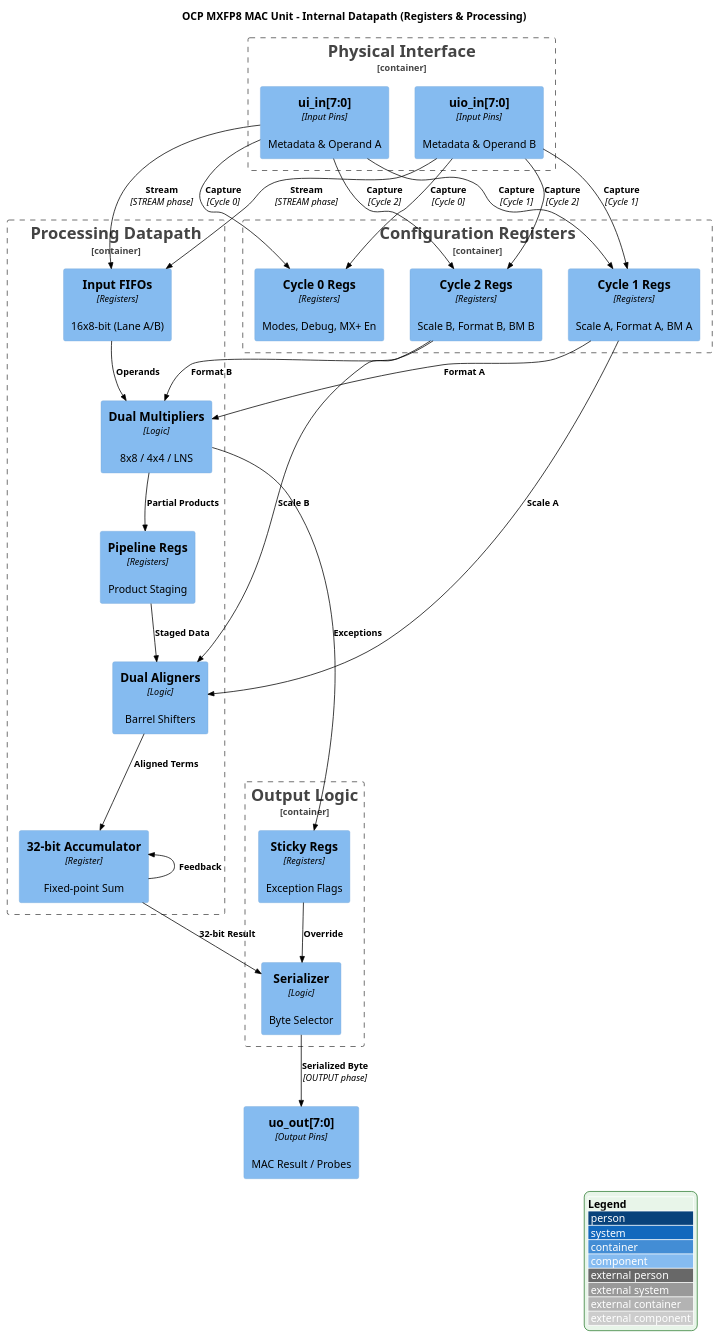
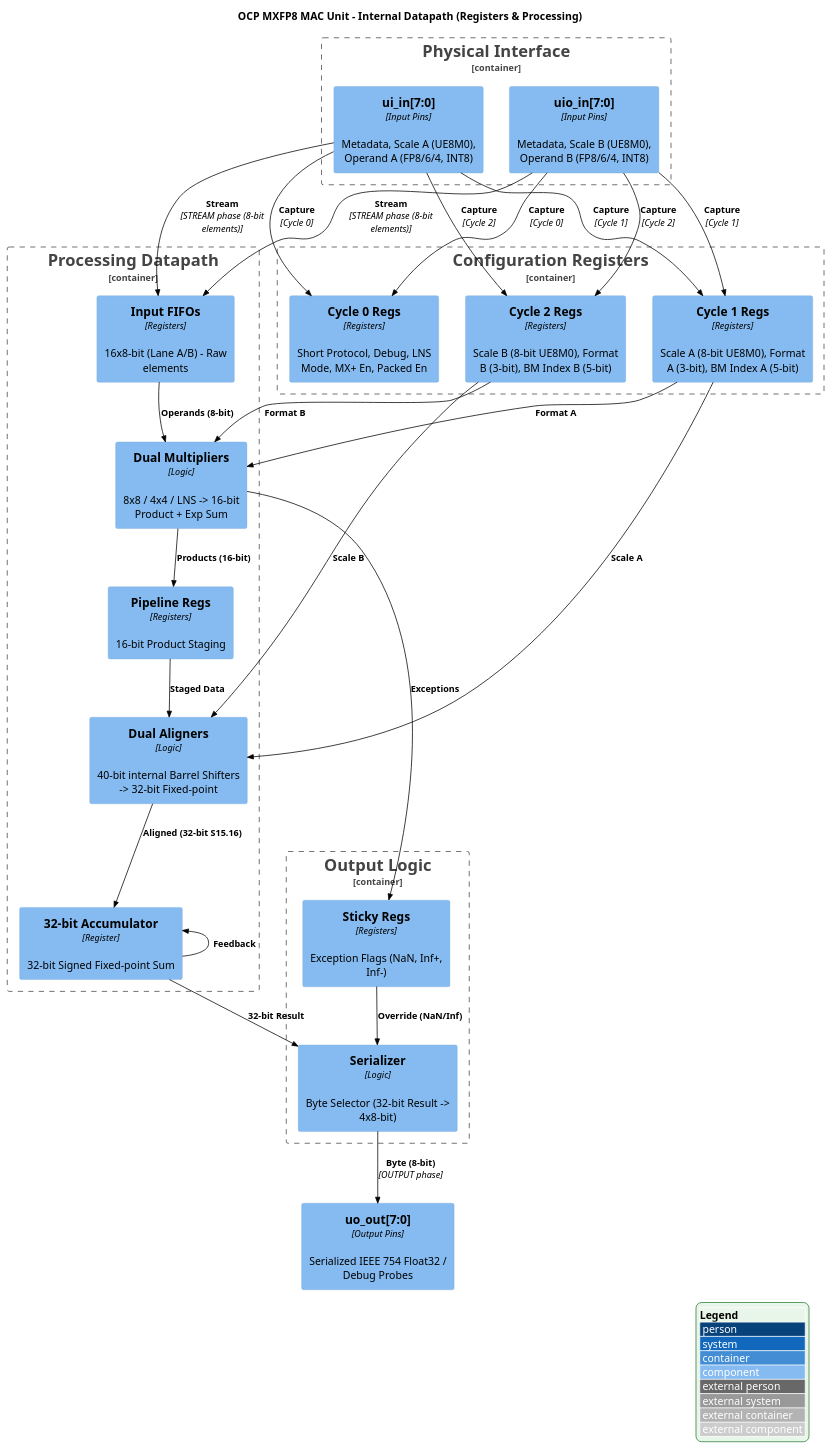
The diagram in docs/diagrams/DATAPATH_DIAGRAM.PUML (chatelao/ttihp-fp8-mul), drawn with PlantUML before and after one commit.

Commit message:
docs: extend datapath diagram with format and bit-width details
Updated the "Internal Datapath" PlantUML diagram to explicitly show the
data formats and bit-widths at each processing stage.

Key additions:
- Input formats: FP8/6/4, INT8, and UE8M0 (Shared Scales).
- Internal widths: 16-bit products, 40-bit alignment paths, and 32-bit
  fixed-point accumulation (S15.16).
- Output format: Serialized IEEE 754 Binary32 (Float32).
- Bit-widths for configuration registers and metadata fields.

```diff
--- a/docs/diagrams/DATAPATH_DIAGRAM.PUML
+++ b/docs/diagrams/DATAPATH_DIAGRAM.PUML
@@ -1,101 +1,101 @@
 @startuml DATAPATH_DIAGRAM
 !include https://raw.githubusercontent.com/plantuml-stdlib/C4-PlantUML/master/C4_Component.puml
 
 LAYOUT_WITH_LEGEND()
 
 ' Green Theme Overrides
 skinparam backgroundColor white
 skinparam component {
     BackgroundColor #90EE90
     BorderColor #006400
     FontColor #000000
 }
 skinparam rectangle<<container>> {
     BackgroundColor #90EE90
     BorderColor #006400
     FontColor #000000
 }
 skinparam rectangle<<boundary>> {
     FontSize 20
     BorderColor #006400
     FontColor #000000
 }
 skinparam rectangle<<container_boundary>> {
     FontSize 20
     BorderColor #006400
     FontColor #000000
 }
 skinparam rectangle<<system_boundary>> {
     FontSize 20
     BorderColor #006400
     FontColor #000000
 }
 skinparam Arrow {
     Color black
     FontColor black
 }
 skinparam legend {
     BackgroundColor #E8F5E9
     BorderColor #2E7D32
 }
 
 UpdateBoundaryStyle("container", $type="container")
 
 title OCP MXFP8 MAC Unit - Internal Datapath (Registers & Processing)
 
 Container_Boundary(input_pins, "Physical Interface") {
-    Component(ui_in, "ui_in[7:0]", "Input Pins", "Metadata & Operand A")
-    Component(uio_in, "uio_in[7:0]", "Input Pins", "Metadata & Operand B")
+    Component(ui_in, "ui_in[7:0]", "Input Pins", "Metadata, Scale A (UE8M0), Operand A (FP8/6/4, INT8)")
+    Component(uio_in, "uio_in[7:0]", "Input Pins", "Metadata, Scale B (UE8M0), Operand B (FP8/6/4, INT8)")
 }
 
 Container_Boundary(reg_file, "Configuration Registers") {
-    Component(cfg_reg0, "Cycle 0 Regs", "Registers", "Modes, Debug, MX+ En")
-    Component(cfg_reg1, "Cycle 1 Regs", "Registers", "Scale A, Format A, BM A")
-    Component(cfg_reg2, "Cycle 2 Regs", "Registers", "Scale B, Format B, BM B")
+    Component(cfg_reg0, "Cycle 0 Regs", "Registers", "Short Protocol, Debug, LNS Mode, MX+ En, Packed En")
+    Component(cfg_reg1, "Cycle 1 Regs", "Registers", "Scale A (8-bit UE8M0), Format A (3-bit), BM Index A (5-bit)")
+    Component(cfg_reg2, "Cycle 2 Regs", "Registers", "Scale B (8-bit UE8M0), Format B (3-bit), BM Index B (5-bit)")
 }
 
 Container_Boundary(datapath, "Processing Datapath") {
-    Component(fifo, "Input FIFOs", "Registers", "16x8-bit (Lane A/B)")
-    Component(mul, "Dual Multipliers", "Logic", "8x8 / 4x4 / LNS")
-    Component(pipe_reg, "Pipeline Regs", "Registers", "Product Staging")
-    Component(align, "Dual Aligners", "Logic", "Barrel Shifters")
-    Component(acc, "32-bit Accumulator", "Register", "Fixed-point Sum")
+    Component(fifo, "Input FIFOs", "Registers", "16x8-bit (Lane A/B) - Raw elements")
+    Component(mul, "Dual Multipliers", "Logic", "8x8 / 4x4 / LNS -> 16-bit Product + Exp Sum")
+    Component(pipe_reg, "Pipeline Regs", "Registers", "16-bit Product Staging")
+    Component(align, "Dual Aligners", "Logic", "40-bit internal Barrel Shifters -> 32-bit Fixed-point")
+    Component(acc, "32-bit Accumulator", "Register", "32-bit Signed Fixed-point Sum")
 }
 
 Container_Boundary(output_logic, "Output Logic") {
-    Component(sticky, "Sticky Regs", "Registers", "Exception Flags")
-    Component(ser, "Serializer", "Logic", "Byte Selector")
+    Component(sticky, "Sticky Regs", "Registers", "Exception Flags (NaN, Inf+, Inf-)")
+    Component(ser, "Serializer", "Logic", "Byte Selector (32-bit Result -> 4x8-bit)")
 }
 
-Component(uo_out, "uo_out[7:0]", "Output Pins", "MAC Result / Probes")
+Component(uo_out, "uo_out[7:0]", "Output Pins", "Serialized IEEE 754 Float32 / Debug Probes")
 
 ' Dataflow Arrows
 Rel_D(ui_in, cfg_reg0, "Capture", "Cycle 0")
 Rel_D(uio_in, cfg_reg0, "Capture", "Cycle 0")
 Rel_D(ui_in, cfg_reg1, "Capture", "Cycle 1")
 Rel_D(uio_in, cfg_reg1, "Capture", "Cycle 1")
 Rel_D(ui_in, cfg_reg2, "Capture", "Cycle 2")
 Rel_D(uio_in, cfg_reg2, "Capture", "Cycle 2")
 
-Rel_D(ui_in, fifo, "Stream", "STREAM phase")
-Rel_D(uio_in, fifo, "Stream", "STREAM phase")
+Rel_D(ui_in, fifo, "Stream", "STREAM phase (8-bit elements)")
+Rel_D(uio_in, fifo, "Stream", "STREAM phase (8-bit elements)")
 
-Rel_D(fifo, mul, "Operands")
+Rel_D(fifo, mul, "Operands (8-bit)")
 Rel_D(cfg_reg1, mul, "Format A")
 Rel_D(cfg_reg2, mul, "Format B")
 
-Rel_D(mul, pipe_reg, "Partial Products")
+Rel_D(mul, pipe_reg, "Products (16-bit)")
 Rel_D(pipe_reg, align, "Staged Data")
 Rel_L(cfg_reg1, align, "Scale A")
 Rel_L(cfg_reg2, align, "Scale B")
 
-Rel_D(align, acc, "Aligned Terms")
+Rel_D(align, acc, "Aligned (32-bit S15.16)")
 Rel_U(acc, acc, "Feedback")
 
 Rel_D(mul, sticky, "Exceptions")
 Rel_D(acc, ser, "32-bit Result")
-Rel_D(sticky, ser, "Override")
+Rel_D(sticky, ser, "Override (NaN/Inf)")
 
-Rel_D(ser, uo_out, "Serialized Byte", "OUTPUT phase")
+Rel_D(ser, uo_out, "Byte (8-bit)", "OUTPUT phase")
 
 @enduml
```
